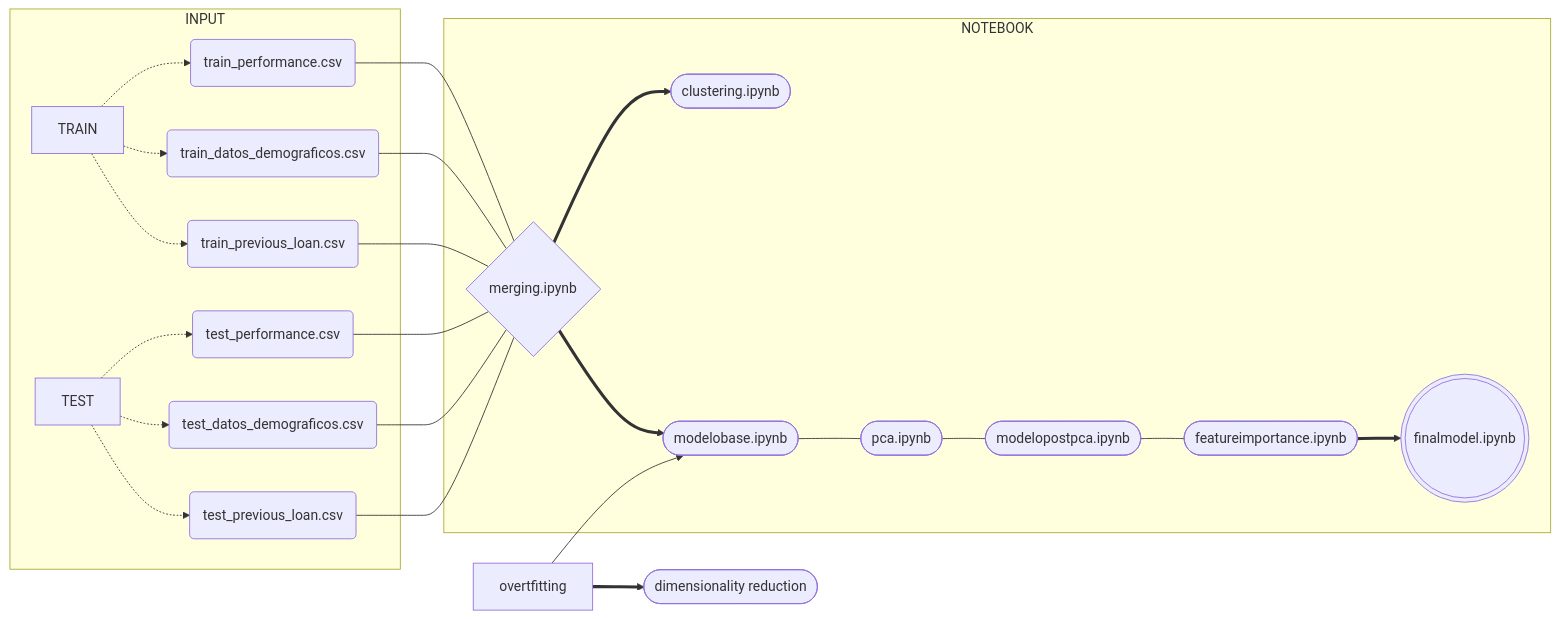
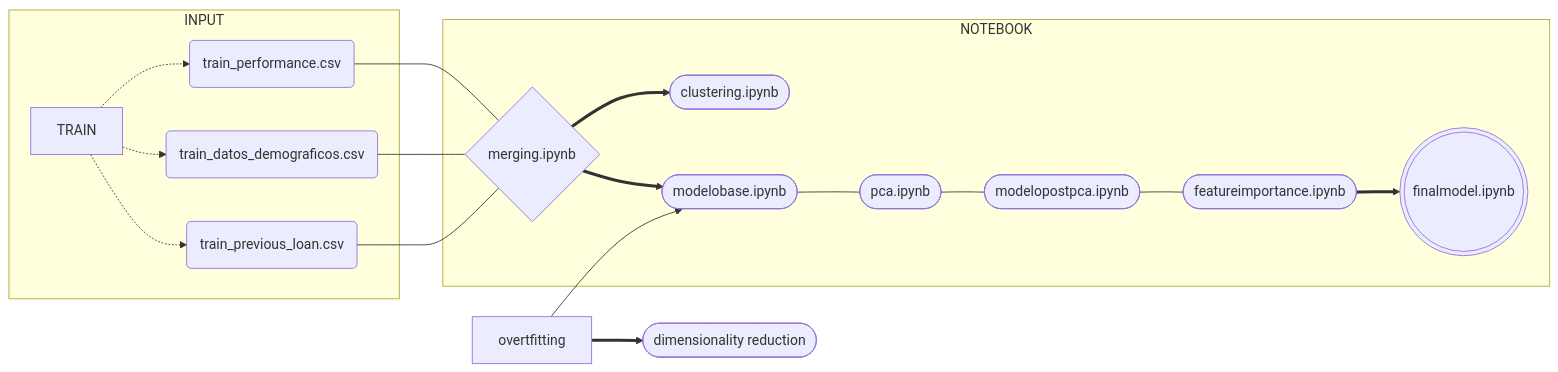
The third of 3 diagrams in README.md (Data-Project-3/DataProject3), drawn with Mermaid before and after one commit.

````diff
--- a/README.md
+++ b/README.md
@@ -123,27 +123,21 @@
 ```mermaid
 flowchart LR
 subgraph INPUT
 B[TRAIN] -.->D(train_performance.csv)
 B[TRAIN] -.->E(train_datos_demograficos.csv)
 B[TRAIN] -.->F(train_previous_loan.csv)
-C[TEST] -.->G(test_performance.csv)
-C[TEST] -.->H(test_datos_demograficos.csv)
-C[TEST] -.->I(test_previous_loan.csv)
 end
 D(train_performance.csv) ---J{merging.ipynb}
 E(train_datos_demograficos.csv) ---J{merging.ipynb}
 F(train_previous_loan.csv) ---J{merging.ipynb}
-G(test_performance.csv) ---J{merging.ipynb}
-H(test_datos_demograficos.csv) ---J{merging.ipynb}
-I(test_previous_loan.csv) ---J{merging.ipynb}
 subgraph NOTEBOOK
 J{merging.ipynb} ==>L([clustering.ipynb])
 J{merging.ipynb} ==>M([modelobase.ipynb])
 M([modelobase.ipynb]) ---P([pca.ipynb])
 P([pca.ipynb]) ---MM([modelopostpca.ipynb])
 MM([modelopostpca.ipynb]) ---FI([featureimportance.ipynb])
 FI([featureimportance.ipynb]) ==>FM(((finalmodel.ipynb)))
 end
 OO[overtfitting] --> M([modelobase.ipynb])
 OO[overtfitting] ==> DR([dimensionality reduction])
 ```
````
